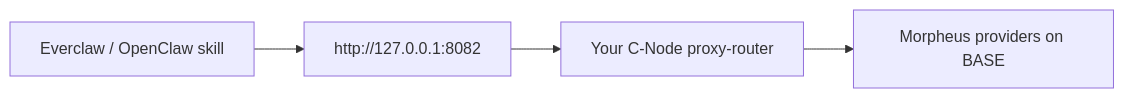
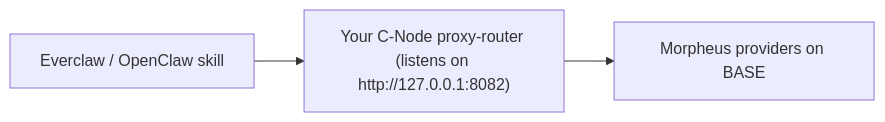
Before and after one commit to cowboycoderhq/Morpheus-Lumerin-Node: the diagram in docs/ecosystem/everclaw.mdx, drawn with Mermaid. The commit also changed 80 other files, not shown here.

````diff
--- a/docs/ecosystem/everclaw.mdx
+++ b/docs/ecosystem/everclaw.mdx
@@ -20,6 +20,5 @@
 ```mermaid
 flowchart LR
-  Skill[Everclaw / OpenClaw skill] --> Local["http://127.0.0.1:8082"]
-  Local --> CRouter[Your C-Node proxy-router]
+  Skill[Everclaw / OpenClaw skill] --> CRouter["Your C-Node proxy-router (listens on http://127.0.0.1:8082)"]
   CRouter --> Network[Morpheus providers on BASE]
 ```
````
